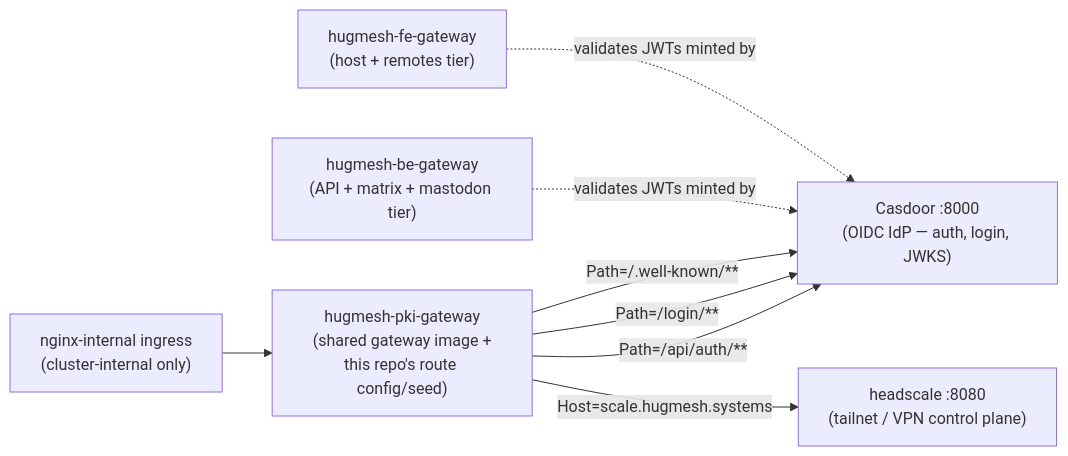
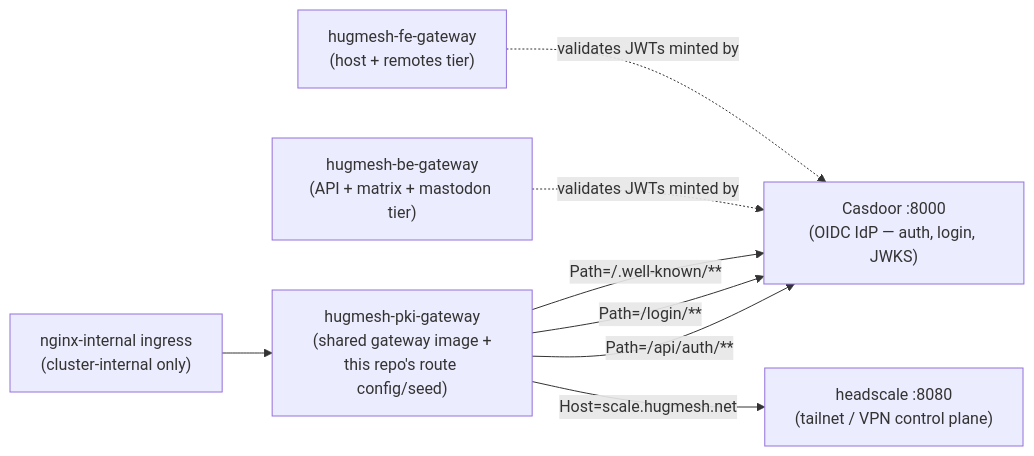
One commit to hugmesh/hugmesh-pki-gateway changed the diagram in README.md. Above: the diagram before and after it, drawn with Mermaid. The commit also changed other lines of this file and 2 other files, not shown here.

First line of the commit message:
chore(rename): eliminate .systems tokens in favour of hugmesh.net

````diff
--- a/README.md
+++ b/README.md
@@ -42,10 +42,10 @@
 ```mermaid
 flowchart LR
     ingress["nginx-internal ingress<br/>(cluster-internal only)"] --> gw["hugmesh-pki-gateway<br/>(shared gateway image +<br/>this repo's route config/seed)"]
     gw -->|Path=/api/auth/**| casdoor["Casdoor :8000<br/>(OIDC IdP — auth, login, JWKS)"]
     gw -->|Path=/login/**| casdoor
     gw -->|Path=/.well-known/**| casdoor
-    gw -->|Host=scale.hugmesh.systems| headscale["headscale :8080<br/>(tailnet / VPN control plane)"]
+    gw -->|Host=scale.hugmesh.net| headscale["headscale :8080<br/>(tailnet / VPN control plane)"]
     beGw["hugmesh-be-gateway<br/>(API + matrix + mastodon tier)"] -.->|validates JWTs minted by| casdoor
     feGw["hugmesh-fe-gateway<br/>(host + remotes tier)"] -.->|validates JWTs minted by| casdoor
 ```
````
